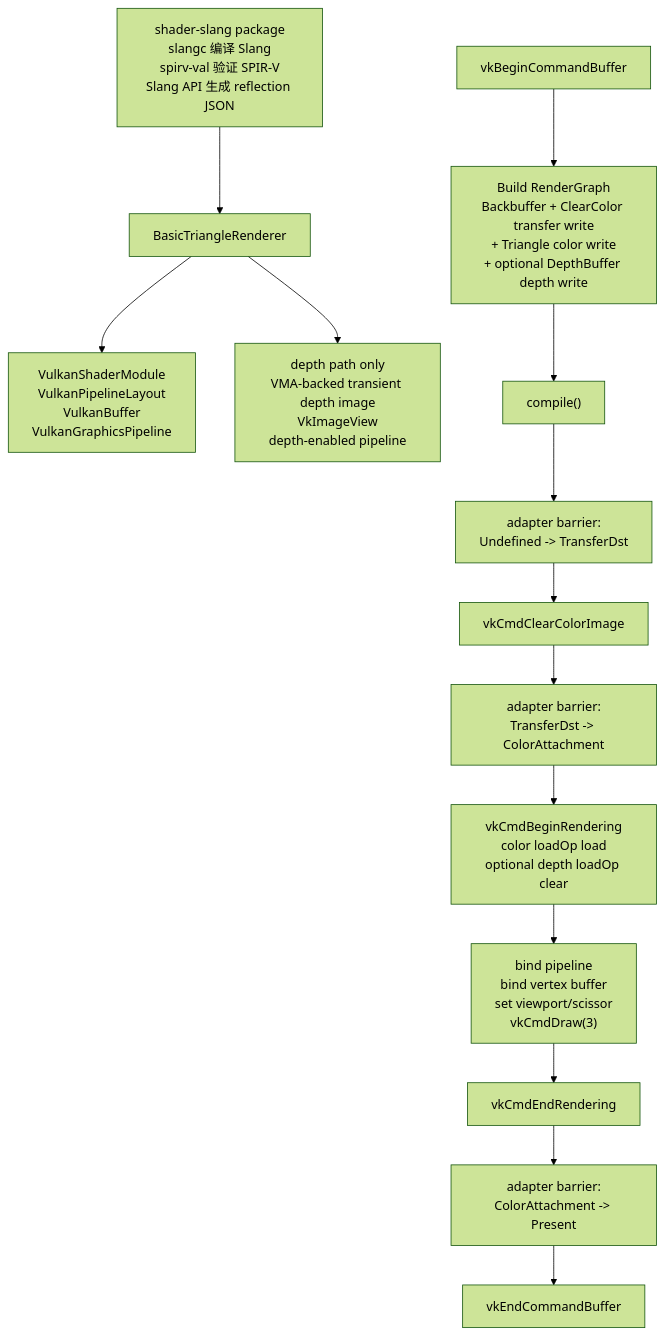
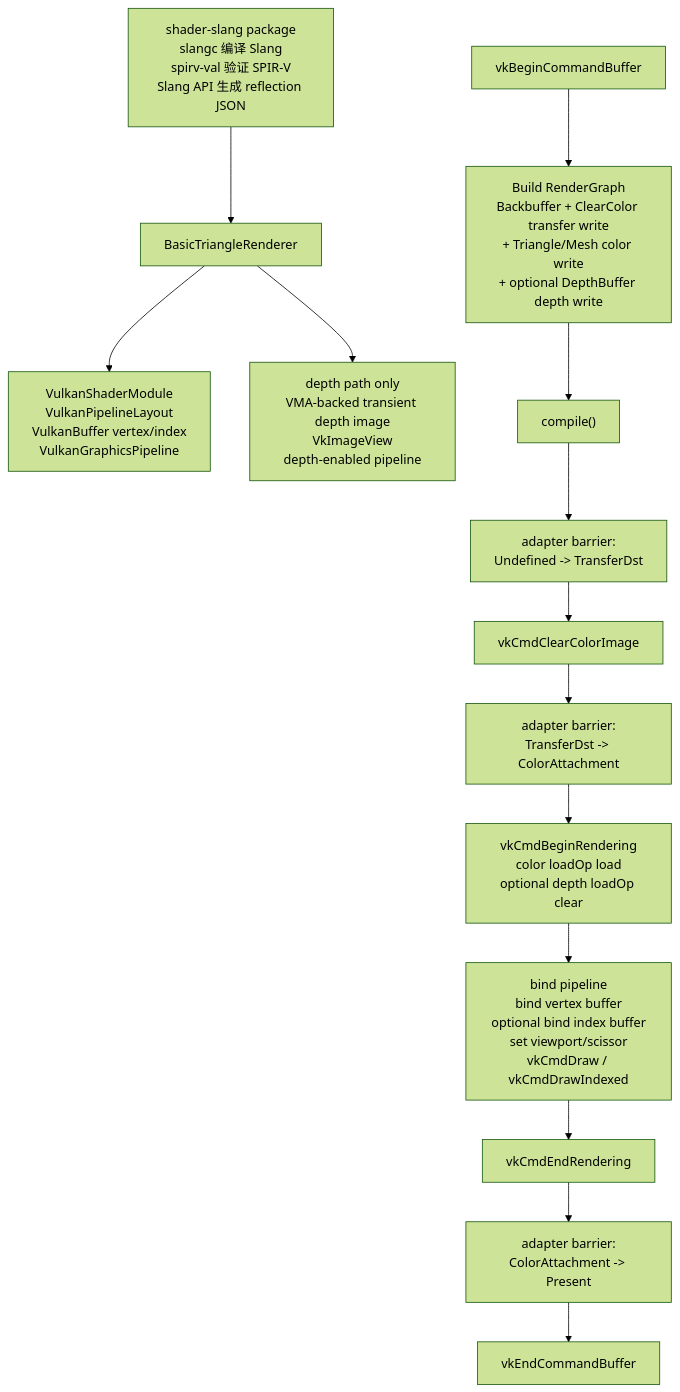
One commit to 66six11/Engine changed the eighth of 14 diagrams in docs/flow-architecture.md. Above: the diagram before and after it, drawn with Mermaid (forest theme). The commit also changed other lines of this file and 5 other files, not shown here.

Commit message:
feat: add indexed mesh smoke

````diff
--- a/docs/flow-architecture.md
+++ b/docs/flow-architecture.md
@@ -298,22 +307,22 @@
 ```mermaid
 flowchart TD
     ShaderBuild["shader-slang package<br/>slangc 编译 Slang<br/>spirv-val 验证 SPIR-V<br/>Slang API 生成 reflection JSON"]
     RendererObject["BasicTriangleRenderer"]
-    PipelineObjects["VulkanShaderModule<br/>VulkanPipelineLayout<br/>VulkanBuffer<br/>VulkanGraphicsPipeline"]
+    PipelineObjects["VulkanShaderModule<br/>VulkanPipelineLayout<br/>VulkanBuffer vertex/index<br/>VulkanGraphicsPipeline"]
     DepthObjects["depth path only<br/>VMA-backed transient depth image<br/>VkImageView<br/>depth-enabled pipeline"]
     Begin["vkBeginCommandBuffer"]
-    BuildGraph["Build RenderGraph<br/>Backbuffer + ClearColor transfer write<br/>+ Triangle color write<br/>+ optional DepthBuffer depth write"]
+    BuildGraph["Build RenderGraph<br/>Backbuffer + ClearColor transfer write<br/>+ Triangle/Mesh color write<br/>+ optional DepthBuffer depth write"]
     Compile["compile()"]
     ToTransfer["adapter barrier:<br/>Undefined -> TransferDst"]
     Clear["vkCmdClearColorImage"]
     ToColor["adapter barrier:<br/>TransferDst -> ColorAttachment"]
     BeginRendering["vkCmdBeginRendering<br/>color loadOp load<br/>optional depth loadOp clear"]
-    Draw["bind pipeline<br/>bind vertex buffer<br/>set viewport/scissor<br/>vkCmdDraw(3)"]
+    Draw["bind pipeline<br/>bind vertex buffer<br/>optional bind index buffer<br/>set viewport/scissor<br/>vkCmdDraw / vkCmdDrawIndexed"]
     EndRendering["vkCmdEndRendering"]
     ToPresent["adapter barrier:<br/>ColorAttachment -> Present"]
     End["vkEndCommandBuffer"]
 
     ShaderBuild --> RendererObject --> PipelineObjects
     RendererObject --> DepthObjects
     Begin --> BuildGraph --> Compile --> ToTransfer --> Clear --> ToColor --> BeginRendering --> Draw --> EndRendering --> ToPresent --> End
 ```
````
